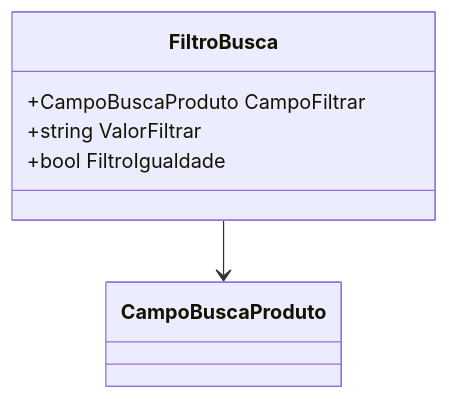
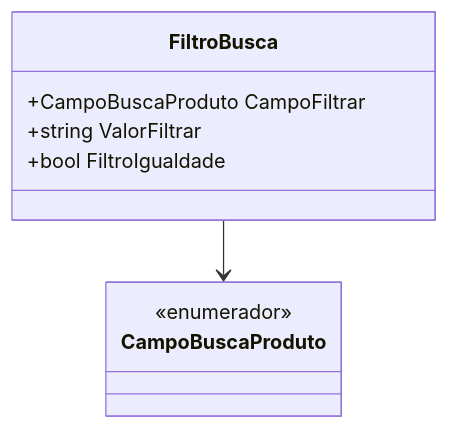
One commit to IsthmusSistemas/documentacao-tecnica changed the diagram in docs/b2b-dominio/IsthmusWinthor.Nucleo/IsthmusWinthor.Dominio/POCO/PesquisaProdutos/FiltroBusca.md. Above: the diagram before and after it, drawn with Mermaid. The commit also changed other lines of this file and 882 other files, not shown here.

````diff
--- a/docs/b2b-dominio/IsthmusWinthor.Nucleo/IsthmusWinthor.Dominio/POCO/PesquisaProdutos/FiltroBusca.md
+++ b/docs/b2b-dominio/IsthmusWinthor.Nucleo/IsthmusWinthor.Dominio/POCO/PesquisaProdutos/FiltroBusca.md
@@ -36,9 +43,12 @@
 ```mermaid
 classDiagram
     class FiltroBusca {
         +CampoBuscaProduto CampoFiltrar
         +string ValorFiltrar
         +bool FiltroIgualdade
     }
+    class CampoBuscaProduto {
+        <<enumerador>>
+    }
     FiltroBusca --> CampoBuscaProduto
 ```
````
